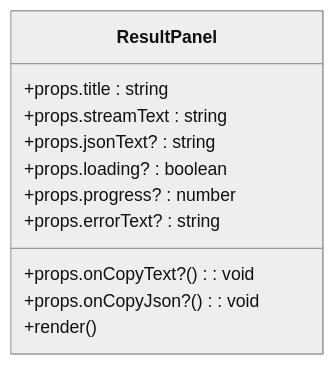
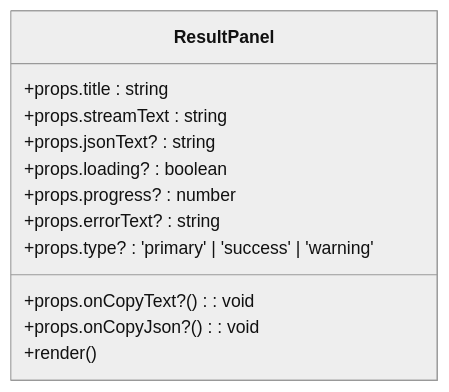
One commit to hanksd769-droid/sailshub changed the sixth of 9 diagrams in .qoder/repowiki/zh/content/前端组件架构/前端组件架构.md. Above: the diagram before and after it, drawn with Mermaid (neutral theme). The commit also changed other lines of this file and 3 other files, not shown here.

````diff
--- a/.qoder/repowiki/zh/content/前端组件架构/前端组件架构.md
+++ b/.qoder/repowiki/zh/content/前端组件架构/前端组件架构.md
@@ -251,14 +254,15 @@
 ```mermaid
 classDiagram
 class ResultPanel {
 +props.title : string
 +props.streamText : string
 +props.jsonText? : string
 +props.onCopyText?() : void
 +props.onCopyJson?() : void
 +props.loading? : boolean
 +props.progress? : number
 +props.errorText? : string
++props.type? : 'primary' | 'success' | 'warning'
 +render()
 }
 ```
````
